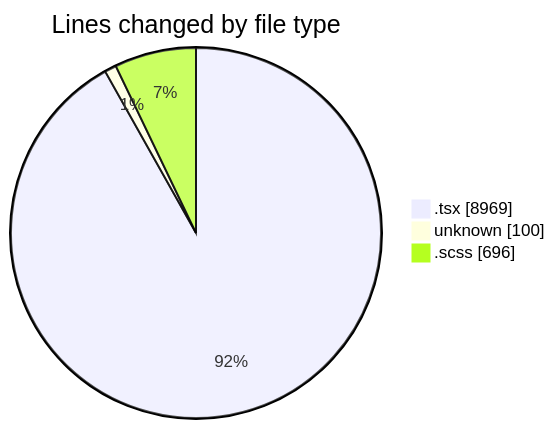
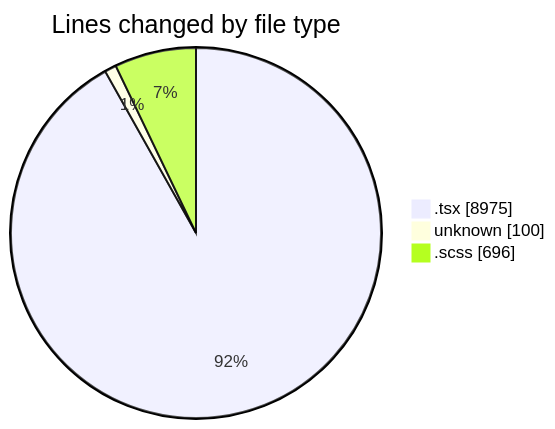
Before and after one commit to momahboobian/code-tracking: the first of 2 diagrams in 2025-12-05/cda/README.md, drawn with Mermaid. The commit also changed other lines of this file and 1 other file, not shown here.

````diff
--- a/2025-12-05/cda/README.md
+++ b/2025-12-05/cda/README.md
@@ -36,7 +36,7 @@
 ```mermaid
 pie showData
 title Lines changed by file type
-".tsx" : 8969
+".tsx" : 8975
 "unknown" : 100
 ".scss" : 696
 ```
````
